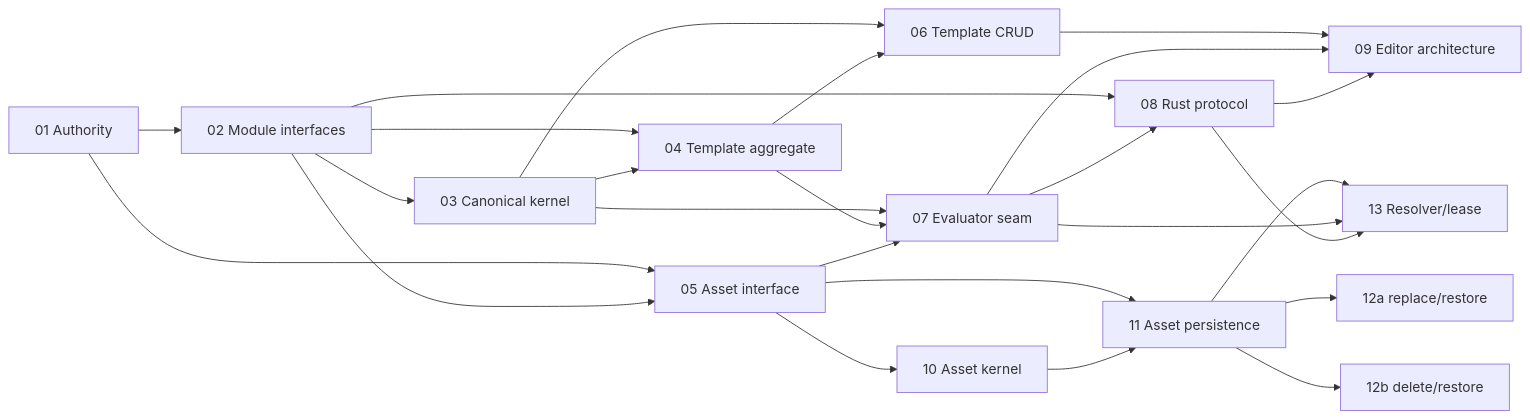
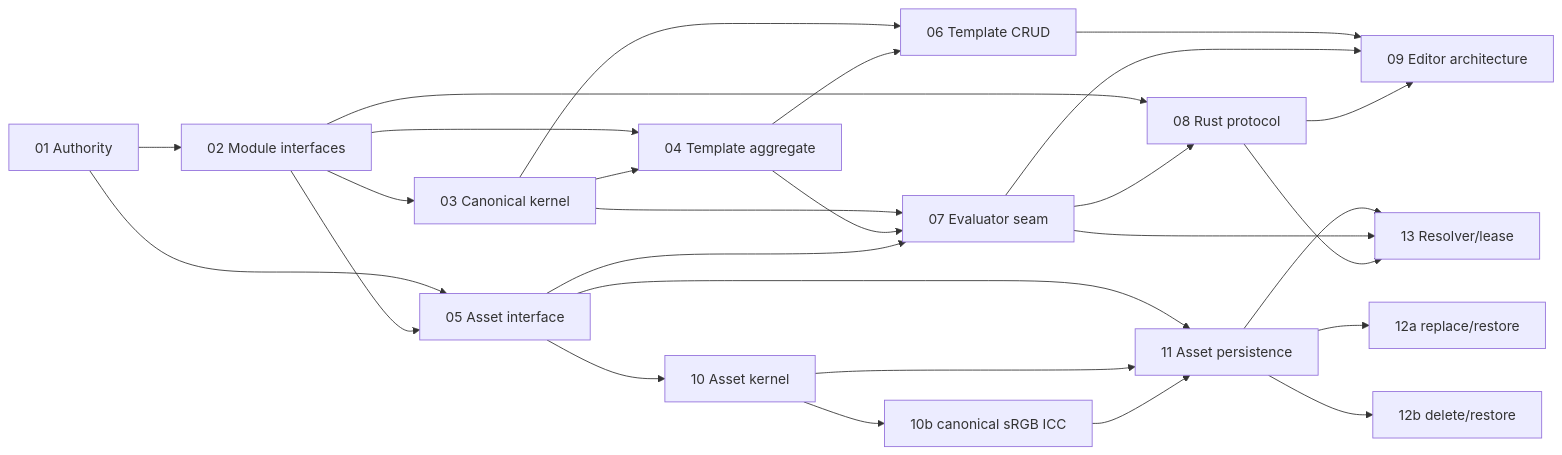
The diagram in plans/renderweave-template-v1-plan.md (yiwer/RenderWeave), drawn with Mermaid before and after one commit. The commit also changed other lines of this file and 39 other files, not shown here.

````diff
--- a/plans/renderweave-template-v1-plan.md
+++ b/plans/renderweave-template-v1-plan.md
@@ -59,27 +59,29 @@
 ```mermaid
 flowchart LR
   T01[01 Authority] --> T02[02 Module interfaces]
   T01 --> T05[05 Asset interface]
   T02 --> T03[03 Canonical kernel]
   T02 --> T04[04 Template aggregate]
   T02 --> T05
   T03 --> T04
   T03 --> T06[06 Template CRUD]
   T04 --> T06
   T03 --> T07[07 Evaluator seam]
   T04 --> T07
   T05 --> T07
   T02 --> T08[08 Rust protocol]
   T07 --> T08
   T06 --> T09[09 Editor architecture]
   T07 --> T09
   T08 --> T09
   T05 --> T10[10 Asset kernel]
   T05 --> T11[11 Asset persistence]
+  T10 --> T10b[10b canonical sRGB ICC]
   T10 --> T11
+  T10b --> T11
   T11 --> T12a[12a replace/restore]
   T11 --> T12b[12b delete/restore]
   T11 --> T13[13 Resolver/lease]
   T07 --> T13
   T08 --> T13
 ```
````
